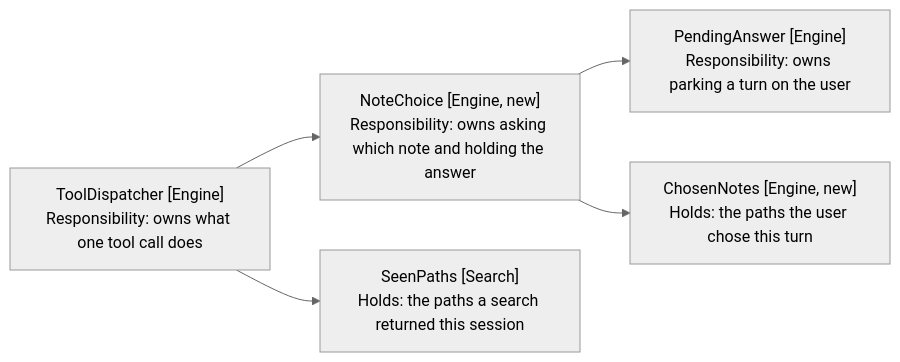
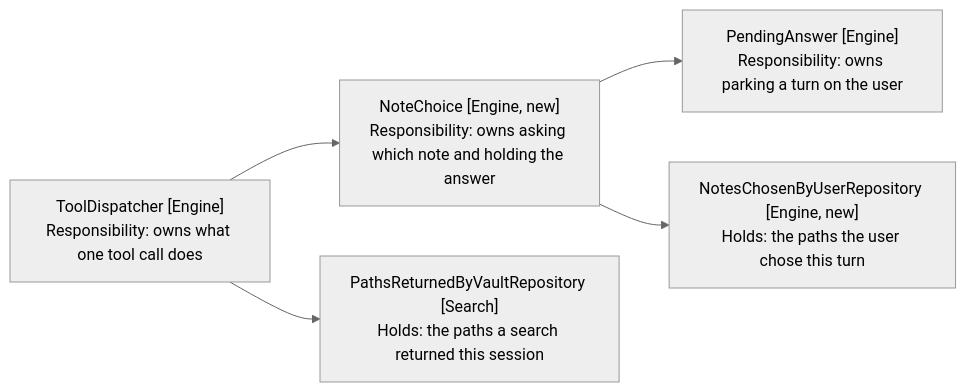
The first of 2 diagrams in docs/spec/14-choosing-the-note/3-component-design.md (iparips/obsidian-owl), drawn with Mermaid (neutral theme) before and after one commit. The commit also changed other lines of this file and 36 other files, not shown here.

````diff
--- a/docs/spec/14-choosing-the-note/3-component-design.md
+++ b/docs/spec/14-choosing-the-note/3-component-design.md
@@ -29,13 +29,13 @@
 ```mermaid
 flowchart LR
     Dispatcher["ToolDispatcher [Engine]<br/>Responsibility: owns what one tool call does"]
     Picker["NoteChoice [Engine, new]<br/>Responsibility: owns asking which note and holding the answer"]
     Pending["PendingAnswer [Engine]<br/>Responsibility: owns parking a turn on the user"]
-    Chosen["ChosenNotes [Engine, new]<br/>Holds: the paths the user chose this turn"]
-    Seen["SeenPaths [Search]<br/>Holds: the paths a search returned this session"]
+    Chosen["NotesChosenByUserRepository [Engine, new]<br/>Holds: the paths the user chose this turn"]
+    Seen["PathsReturnedByVaultRepository [Search]<br/>Holds: the paths a search returned this session"]
 
     Dispatcher --> Picker
     Picker --> Pending
     Picker --> Chosen
     Dispatcher --> Seen
 ```
````
